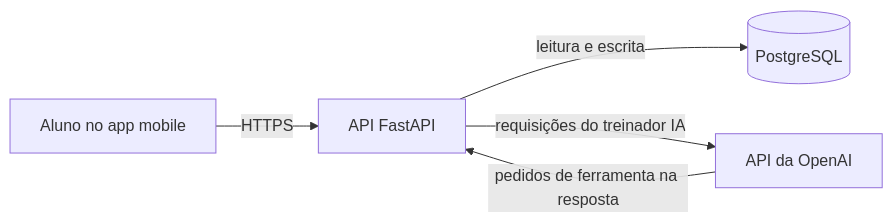
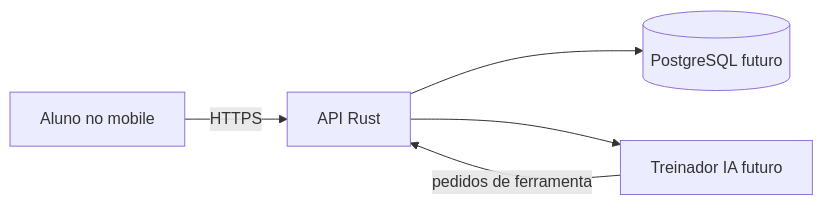
The diagram in docs/arquitetura.md (Miguelqfs/training-platform), drawn with Mermaid before and after one commit. The commit also changed other lines of this file and 25 other files, not shown here.

First line of the commit message:
refactor(api): migrar a API de usuários para Rust

````diff
--- a/docs/arquitetura.md
+++ b/docs/arquitetura.md
@@ -20,7 +41,7 @@
 ```mermaid
 flowchart LR
-    Aluno[Aluno no app mobile] -->|HTTPS| API[API FastAPI]
-    API -->|leitura e escrita| Banco[(PostgreSQL)]
-    API -->|requisições do treinador IA| OpenAI[API da OpenAI]
-    OpenAI -->|pedidos de ferramenta na resposta| API
+    Aluno[Aluno no mobile] -->|HTTPS| API[API Rust]
+    API --> Banco[(PostgreSQL futuro)]
+    API --> Treinador[Treinador IA futuro]
+    Treinador -->|pedidos de ferramenta| API
 ```
````
